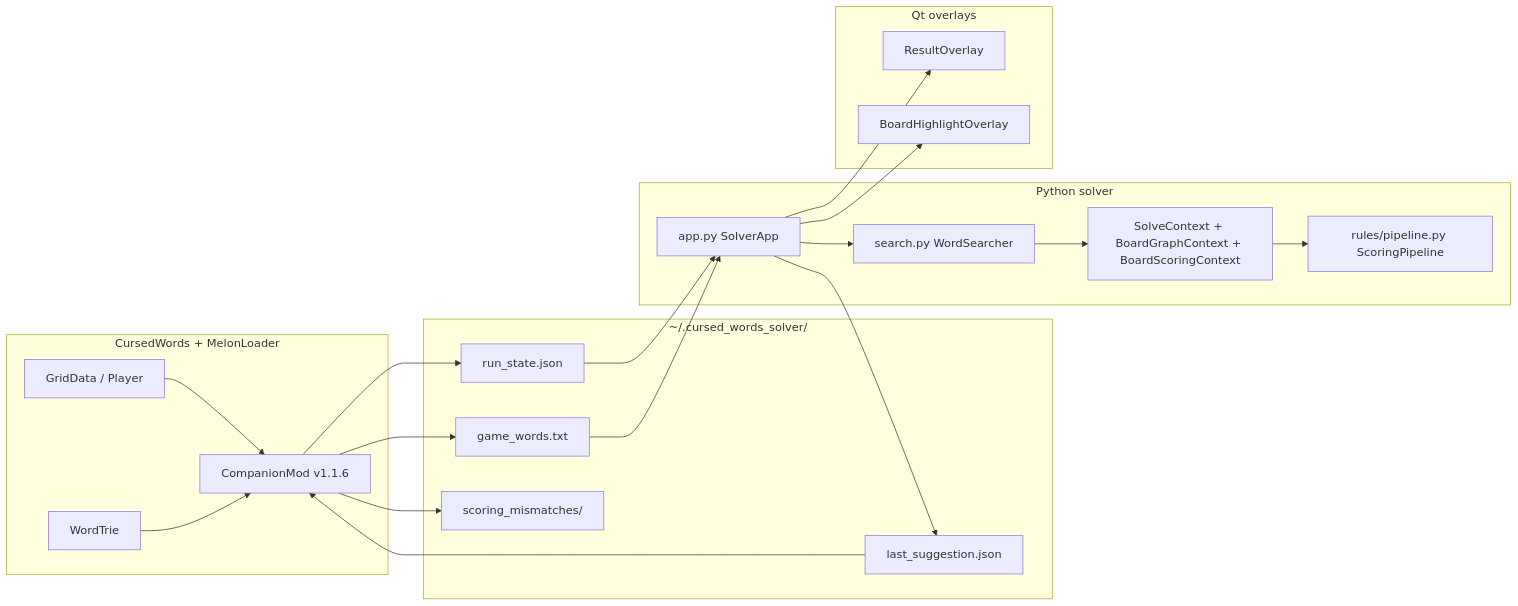
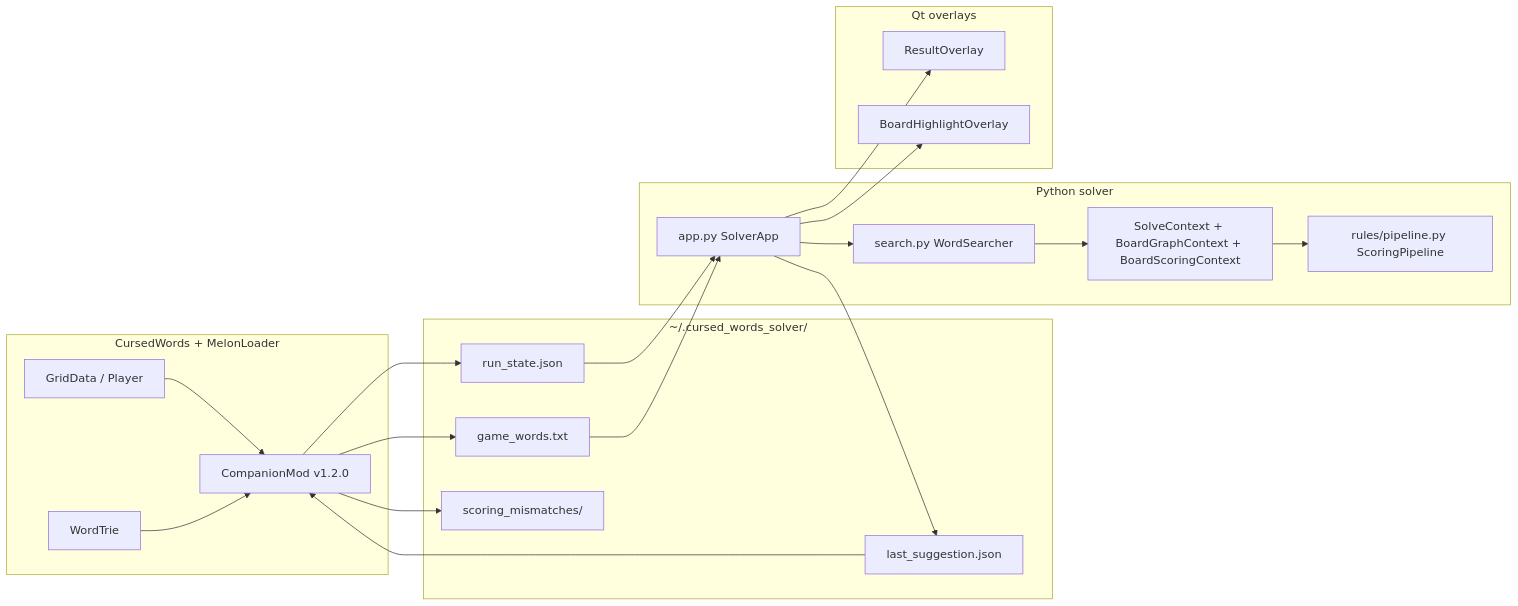
The diagram in README.md (SleepyFinale/cursed-words-solver), drawn with Mermaid before and after one commit. The commit also changed other lines of this file, not shown here.

````diff
--- a/README.md
+++ b/README.md
@@ -55,38 +58,38 @@
 ```mermaid
 flowchart LR
   subgraph game [CursedWords + MelonLoader]
     GridData[GridData / Player]
     WordTrie[WordTrie]
-    Companion[CompanionMod v1.1.6]
+    Companion[CompanionMod v1.2.0]
   end
   subgraph files ["~/.cursed_words_solver/"]
     RS[run_state.json]
     GW[game_words.txt]
     LS[last_suggestion.json]
     MM[scoring_mismatches/]
   end
   subgraph solver [Python solver]
     App[app.py SolverApp]
     Search[search.py WordSearcher]
     SolveCtx[SolveContext + BoardGraphContext + BoardScoringContext]
     Pipe[rules/pipeline.py ScoringPipeline]
   end
   subgraph ui [Qt overlays]
     Overlay[ResultOverlay]
     Highlight[BoardHighlightOverlay]
   end
   GridData --> Companion
   WordTrie --> Companion
   Companion --> RS
   Companion --> GW
   RS --> App
   GW --> App
   App --> Search
   Search --> SolveCtx
   SolveCtx --> Pipe
   App --> LS
   LS --> Companion
   Companion --> MM
   App --> Overlay
   App --> Highlight
 ```
````
